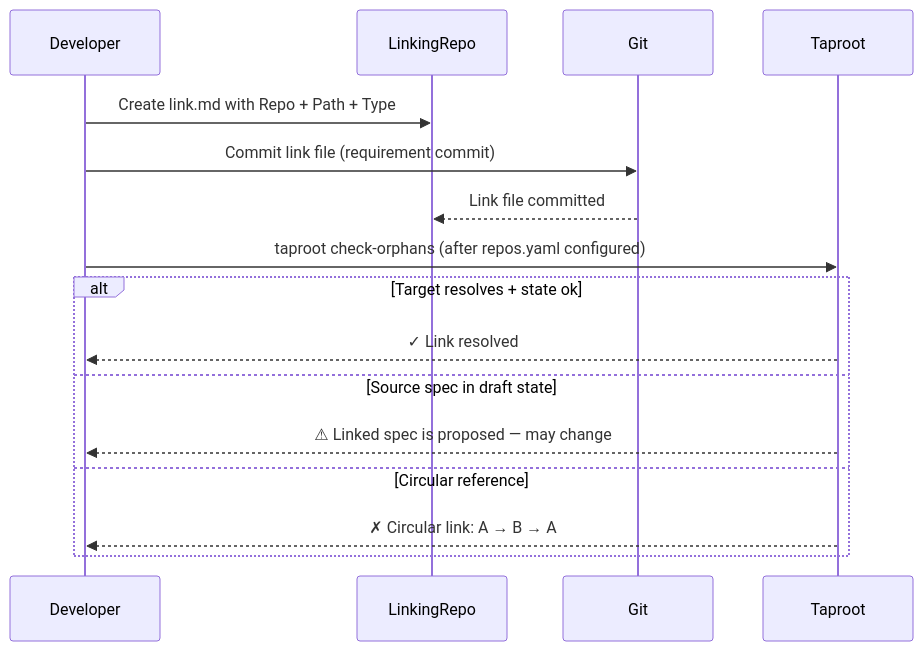
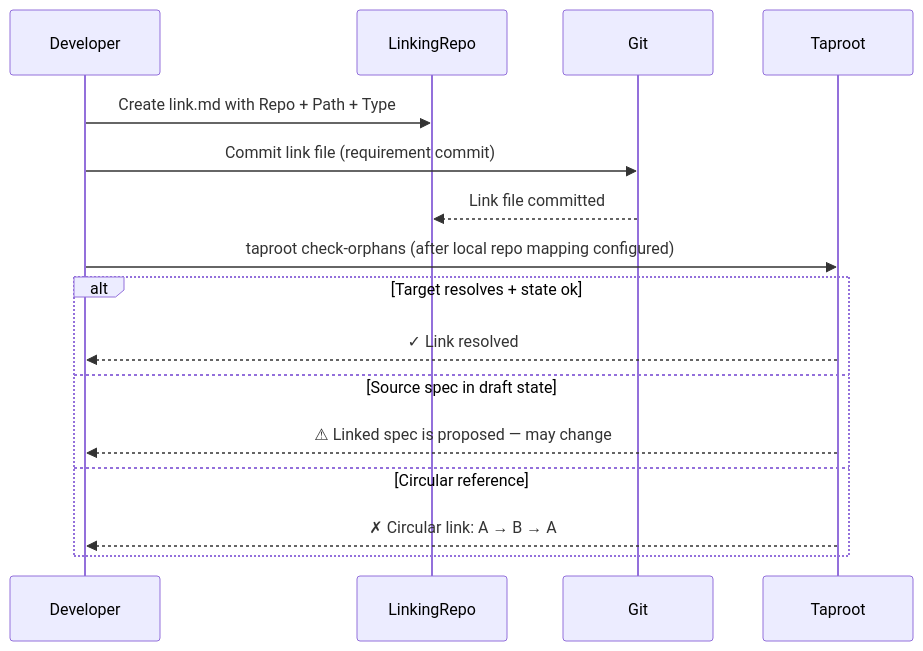
The diagram in taproot/specs/cross-repo-specification/define-cross-repo-link/usecase.md (imix/taproot), drawn with Mermaid before and after one commit. The commit also changed other lines of this file and 1 other file, not shown here.

Commit message:
fix: promote define-cross-repo-link usecase state to implemented

````diff
--- a/taproot/specs/cross-repo-specification/define-cross-repo-link/usecase.md
+++ b/taproot/specs/cross-repo-specification/define-cross-repo-link/usecase.md
@@ -43,14 +43,14 @@
 ```mermaid
 sequenceDiagram
     Developer->>LinkingRepo: Create link.md with Repo + Path + Type
     Developer->>Git: Commit link file (requirement commit)
     Git-->>LinkingRepo: Link file committed
-    Developer->>Taproot: taproot check-orphans (after repos.yaml configured)
+    Developer->>Taproot: taproot check-orphans (after local repo mapping configured)
     alt Target resolves + state ok
         Taproot-->>Developer: ✓ Link resolved
     else Source spec in draft state
         Taproot-->>Developer: ⚠ Linked spec is proposed — may change
     else Circular reference
         Taproot-->>Developer: ✗ Circular link: A → B → A
     end
 ```
````
